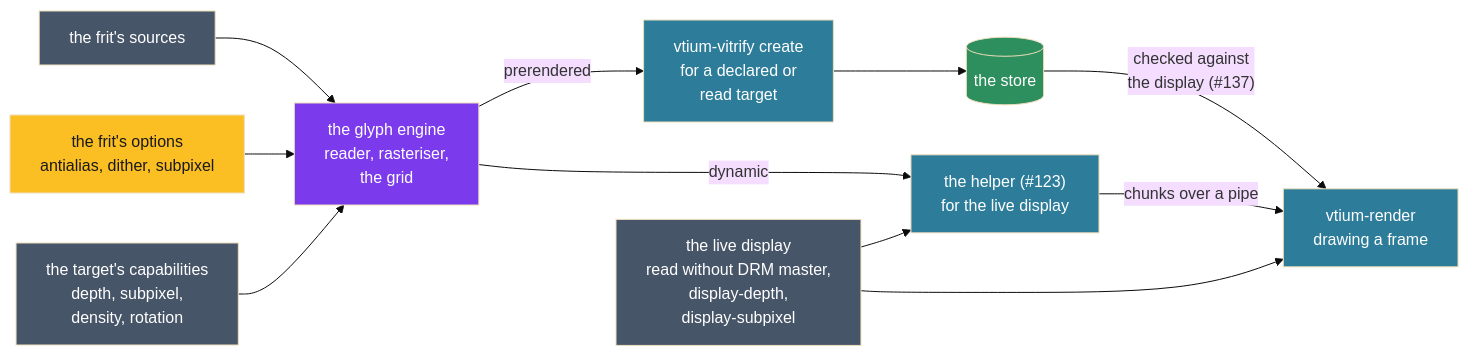
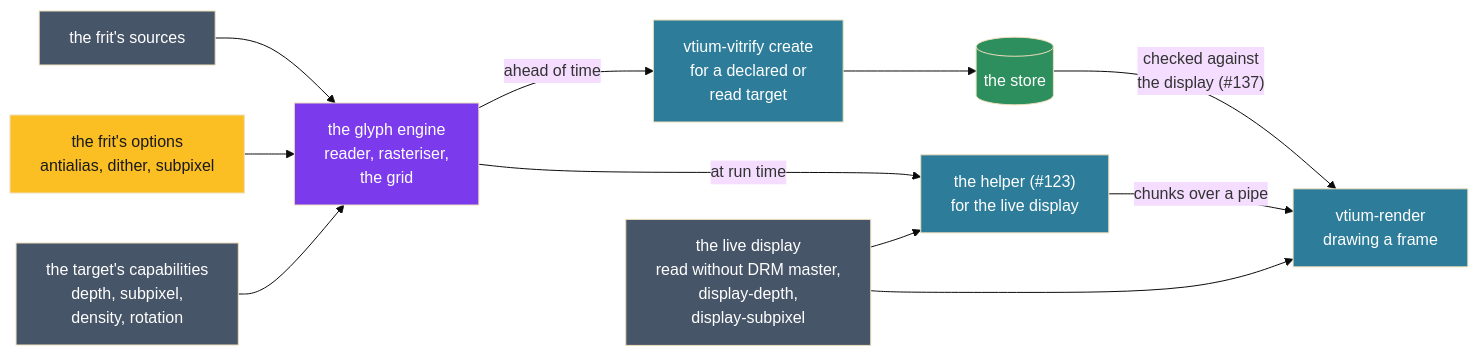
Before and after one commit to vtium/vtium: the diagram in docs/architecture/render/ADR-1301-one-glyph-engine-draws-for-the-display-s-capabilities-ahead-of-time-or-at-run-time.md, drawn with Mermaid (base theme). The commit also changed other lines of this file and 2 other files, not shown here.

First line of the commit message:
docs(adr): a frit draws alike ahead of time or at run time; ADR-1200 follows

````diff
--- a/docs/architecture/render/ADR-1301-one-glyph-engine-draws-for-the-display-s-capabilities-ahead-of-time-or-at-run-time.md
+++ b/docs/architecture/render/ADR-1301-one-glyph-engine-draws-for-the-display-s-capabilities-ahead-of-time-or-at-run-time.md
@@ -133,23 +155,23 @@
 ```mermaid
 flowchart LR
     SRC["the frit's sources"] --> E
     OPT["the frit's options<br>antialias, dither, subpixel"] --> E
     CAP["the target's capabilities<br>depth, subpixel,<br>density, rotation"] --> E
     E["the glyph engine<br>reader, rasteriser,<br>the grid"]
-    E -->|"prerendered"| C["vtium-vitrify create<br>for a declared or<br>read target"]
-    E -->|"dynamic"| H["the helper (#123)<br>for the live display"]
+    E -->|"ahead of time"| C["vtium-vitrify create<br>for a declared or<br>read target"]
+    E -->|"at run time"| H["the helper (#123)<br>for the live display"]
     C --> ST[("the store")]
     ST -->|"checked against<br>the display (#137)"| R["vtium-render<br>drawing a frame"]
     H -->|"chunks over a pipe"| R
     D["the live display<br>read without DRM master,<br>display-depth,<br>display-subpixel"] --> R
     D --> H
     style SRC fill:#475569,color:#ffffff
     style OPT fill:#fbbf24,color:#1a1a1a
     style CAP fill:#475569,color:#ffffff
     style E fill:#7c3aed,color:#ffffff
     style C fill:#2d7d9a,color:#ffffff
     style H fill:#2d7d9a,color:#ffffff
     style ST fill:#2d8e5e,color:#ffffff
     style R fill:#2d7d9a,color:#ffffff
     style D fill:#475569,color:#ffffff
 ```
````
